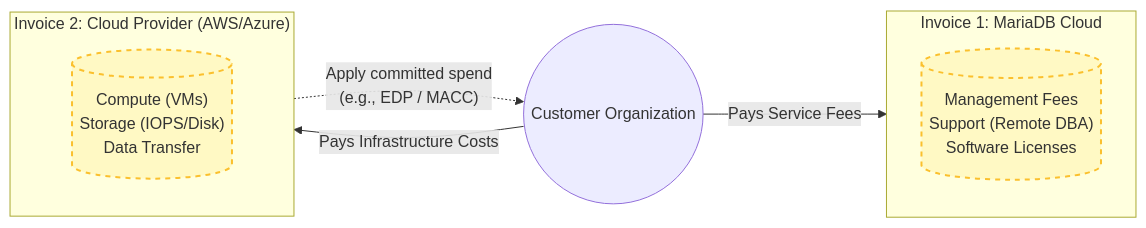
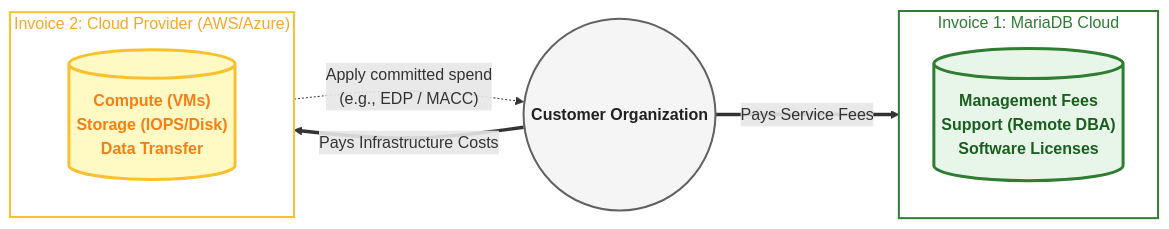
Before and after one commit to rusher/mariadb-docs: the fourth of 4 diagrams in mariadb-cloud/quickstart/bring-your-own-account-byoa.md, drawn with Mermaid.

Commit message:
GitBook: No commit message

````diff
--- a/mariadb-cloud/quickstart/bring-your-own-account-byoa.md
+++ b/mariadb-cloud/quickstart/bring-your-own-account-byoa.md
@@ -152,25 +152,30 @@
 ```mermaid
 flowchart LR
-    %% Styles
-    classDef money fill:#e8f5e9,stroke:#2e7d32,stroke-width:2px;
-    classDef invoice fill:#fff9c4,stroke:#fbc02d,stroke-width:2px,stroke-dasharray: 5 5;
+    %% Styles: Bold fonts, thick borders, distinct colors for clarity
+    classDef maria fill:#e8f5e9,stroke:#2e7d32,stroke-width:3px,color:#1b5e20,font-size:16px,font-weight:bold;
+    classDef cloud fill:#fff9c4,stroke:#fbc02d,stroke-width:3px,color:#f57f17,font-size:16px,font-weight:bold;
+    classDef customer fill:#f5f5f5,stroke:#616161,stroke-width:2px,color:#212121,font-size:16px,font-weight:bold;
 
-    Customer((Customer Organization))
+    Customer((Customer Organization)):::customer
 
     subgraph MariaDB_Bill ["Invoice 1: MariaDB Cloud"]
         direction TB
-        M_Fees[("Management Fees<br/>Support (Remote DBA)<br/>Software Licenses")]:::invoice
+        M_Fees[("Management Fees<br/>Support (Remote DBA)<br/>Software Licenses")]:::maria
     end
 
     subgraph Cloud_Bill ["Invoice 2: Cloud Provider (AWS/Azure)"]
         direction TB
-        C_Infra[("Compute (VMs)<br/>Storage (IOPS/Disk)<br/>Data Transfer")]:::invoice
+        C_Infra[("Compute (VMs)<br/>Storage (IOPS/Disk)<br/>Data Transfer")]:::cloud
     end
 
-    %% Flows
-    Customer -->|Pays Service Fees| MariaDB_Bill
-    Customer -->|Pays Infrastructure Costs| Cloud_Bill
+    %% Flows with thick arrows
+    Customer ==>|"Pays Service Fees"| M_Fees
+    Customer ==>|"Pays Infrastructure Costs"| C_Infra
 
-    %% Benefit Annotation - Fixed Syntax Here (Added quotes around label)
-    Cloud_Bill -.->|"Apply committed spend<br/>(e.g., EDP / MACC)"| Customer
+    %% Benefit Annotation
+    C_Infra -.->|"Apply committed spend<br/>(e.g., EDP / MACC)"| Customer
+
+    %% Subgraph text styling
+    style MariaDB_Bill fill:#ffffff,stroke:#2e7d32,stroke-width:2px,color:#2e7d32
+    style Cloud_Bill fill:#ffffff,stroke:#fbc02d,stroke-width:2px,color:#f9a825
 ```
````
